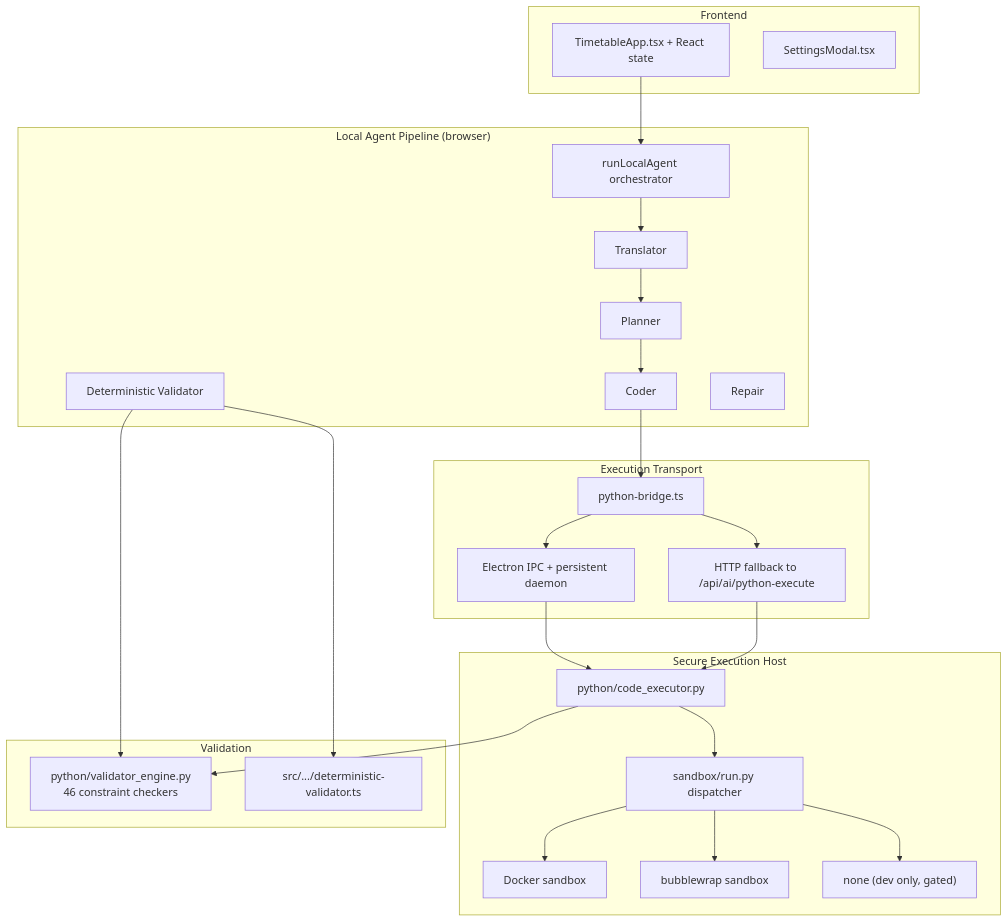
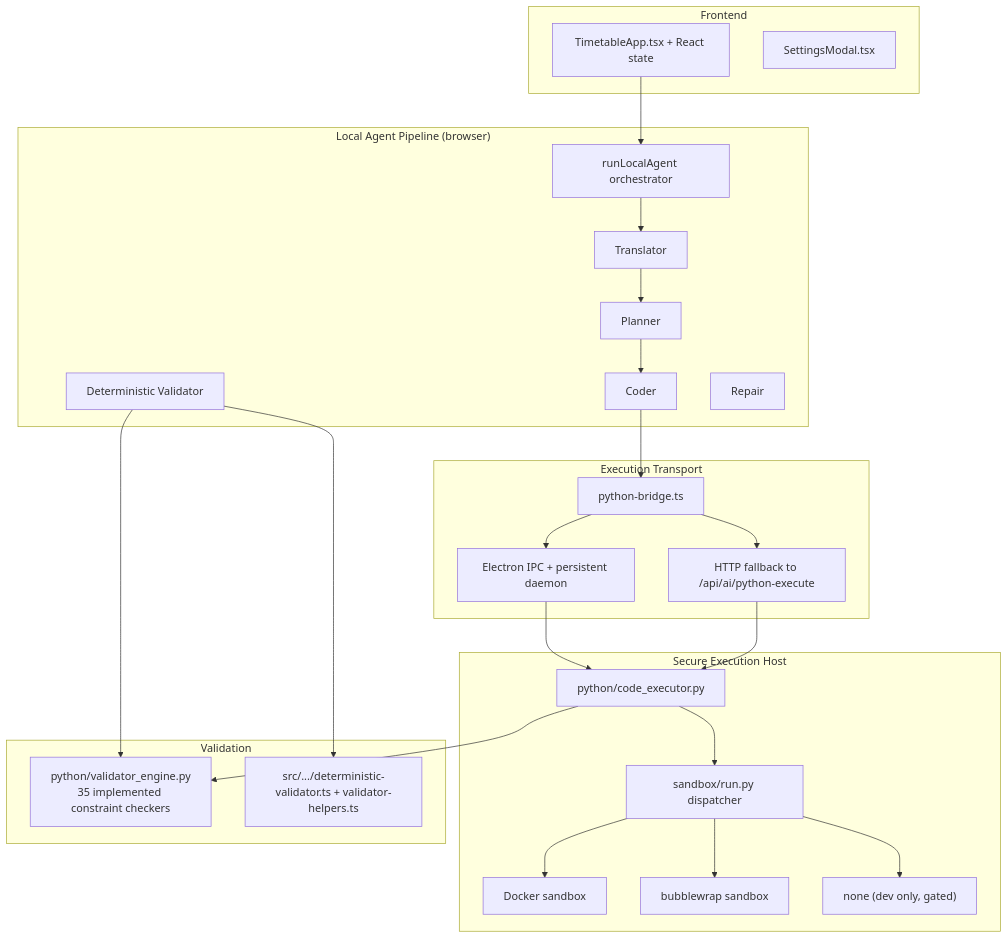
One commit to Duy-Nguyen-2006/timetable changed the diagram in droid-wiki/overview/architecture.md. Above: the diagram before and after it, drawn with Mermaid. The commit also changed other lines of this file and 64 other files, not shown here.

````diff
--- a/droid-wiki/overview/architecture.md
+++ b/droid-wiki/overview/architecture.md
@@ -11,50 +11,50 @@
 ```mermaid
 graph TD
     subgraph Frontend
         UI[TimetableApp.tsx + React state]
         Settings[SettingsModal.tsx]
     end
 
     subgraph "Local Agent Pipeline (browser)"
         Agent[runLocalAgent orchestrator]
         T[Translator]
         P[Planner]
         C[Coder]
         V[Deterministic Validator]
         R[Repair]
     end
 
     subgraph "Execution Transport"
         Bridge[python-bridge.ts]
         ElectronIPC[Electron IPC + persistent daemon]
         HTTP[HTTP fallback to /api/ai/python-execute]
     end
 
     subgraph "Secure Execution Host"
         Exec[python/code_executor.py]
         SandboxDisp[sandbox/run.py dispatcher]
         Docker[Docker sandbox]
         Bwrap[bubblewrap sandbox]
         Unsafe["none (dev only, gated)"]
     end
 
     subgraph "Validation"
-        PyVal[python/validator_engine.py<br/>46 constraint checkers]
-        TsVal[src/.../deterministic-validator.ts]
+        PyVal[python/validator_engine.py<br/>35 implemented constraint checkers]
+        TsVal[src/.../deterministic-validator.ts + validator-helpers.ts]
     end
 
     UI --> Agent
     Agent --> T --> P --> C
     C --> Bridge
     Bridge --> ElectronIPC
     Bridge --> HTTP
     ElectronIPC --> Exec
     HTTP --> Exec
     Exec --> SandboxDisp
     SandboxDisp --> Docker
     SandboxDisp --> Bwrap
     SandboxDisp --> Unsafe
     Exec --> PyVal
     V --> TsVal
     V --> PyVal
 ```
````
